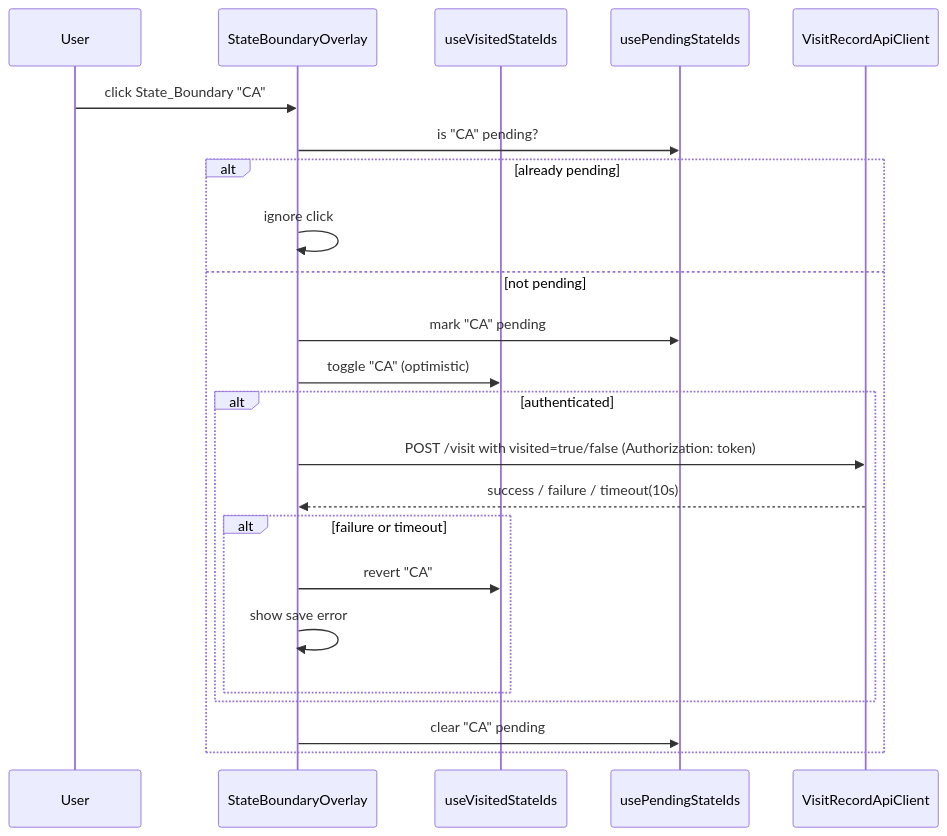
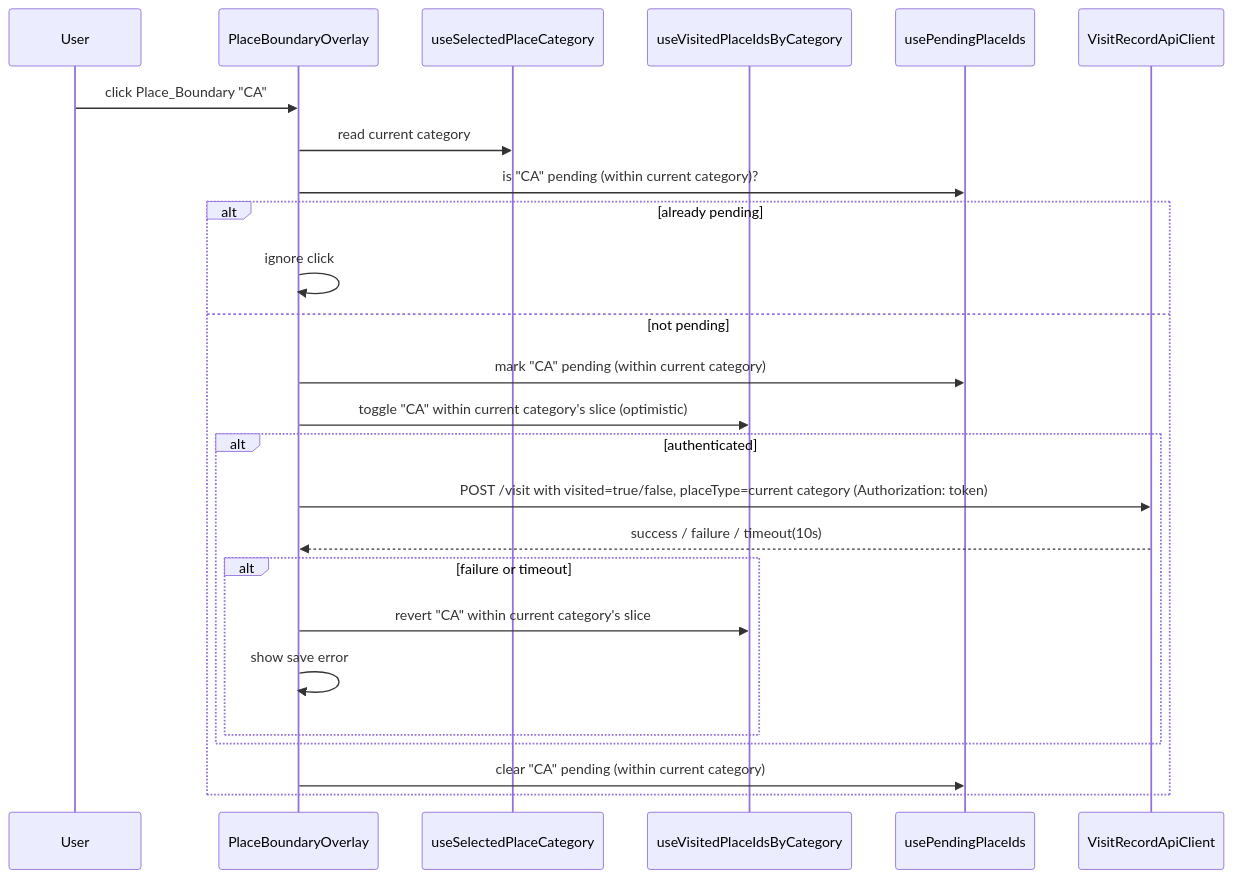
Before and after one commit to brentsowers1/coordinatecommons: the fourth of 5 diagrams in .kiro/specs/state-visit-tracker/design.md, drawn with Mermaid. The commit also changed other lines of this file and 59 other files, not shown here.

````diff
--- a/.kiro/specs/state-visit-tracker/design.md
+++ b/.kiro/specs/state-visit-tracker/design.md
@@ -96,26 +106,28 @@
 ```mermaid
 sequenceDiagram
     participant U as User
-    participant SB as StateBoundaryOverlay
-    participant VS as useVisitedStateIds
-    participant PS as usePendingStateIds
+    participant SB as PlaceBoundaryOverlay
+    participant CAT as useSelectedPlaceCategory
+    participant VP as useVisitedPlaceIdsByCategory
+    participant PP as usePendingPlaceIds
     participant API as VisitRecordApiClient
 
-    U->>SB: click State_Boundary "CA"
-    SB->>PS: is "CA" pending?
+    U->>SB: click Place_Boundary "CA"
+    SB->>CAT: read current category
+    SB->>PP: is "CA" pending (within current category)?
     alt already pending
         SB->>SB: ignore click
     else not pending
-        SB->>PS: mark "CA" pending
-        SB->>VS: toggle "CA" (optimistic)
+        SB->>PP: mark "CA" pending (within current category)
+        SB->>VP: toggle "CA" within current category's slice (optimistic)
         alt authenticated
-            SB->>API: POST /visit with visited=true/false (Authorization: token)
+            SB->>API: POST /visit with visited=true/false, placeType=current category (Authorization: token)
             API-->>SB: success / failure / timeout(10s)
             alt failure or timeout
-                SB->>VS: revert "CA"
+                SB->>VP: revert "CA" within current category's slice
                 SB->>SB: show save error
             end
         end
-        SB->>PS: clear "CA" pending
+        SB->>PP: clear "CA" pending (within current category)
     end
 ```
````
